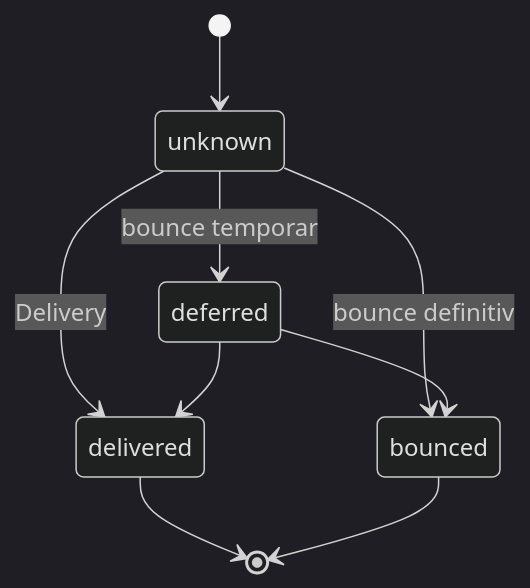
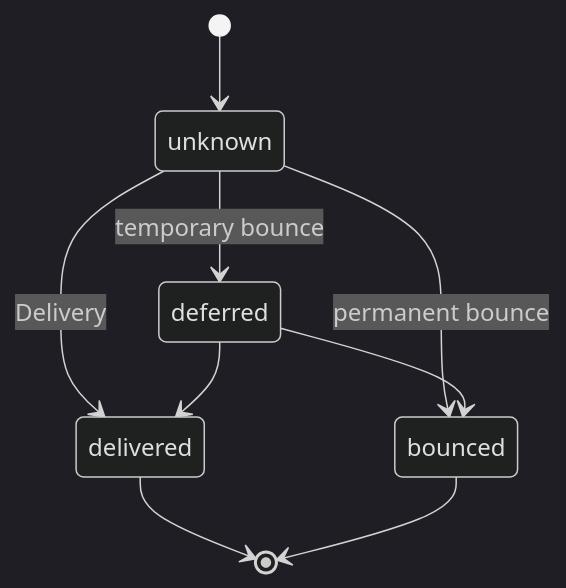
One commit to gzalinski/email-leads-tracker changed the fourth of 6 diagrams in docs/ARCHITECTURE.md. Above: the diagram before and after it, drawn with Mermaid (dark theme). The commit also changed other lines of this file and 79 other files, not shown here.

````diff
--- a/docs/ARCHITECTURE.md
+++ b/docs/ARCHITECTURE.md
@@ -460,11 +460,11 @@
 ```mermaid
 stateDiagram-v2
     [*] --> unknown
-    unknown --> deferred: bounce temporar
+    unknown --> deferred: temporary bounce
     unknown --> delivered: Delivery
-    unknown --> bounced: bounce definitiv
+    unknown --> bounced: permanent bounce
     deferred --> delivered
     deferred --> bounced
     delivered --> [*]
     bounced --> [*]
 ```
````
